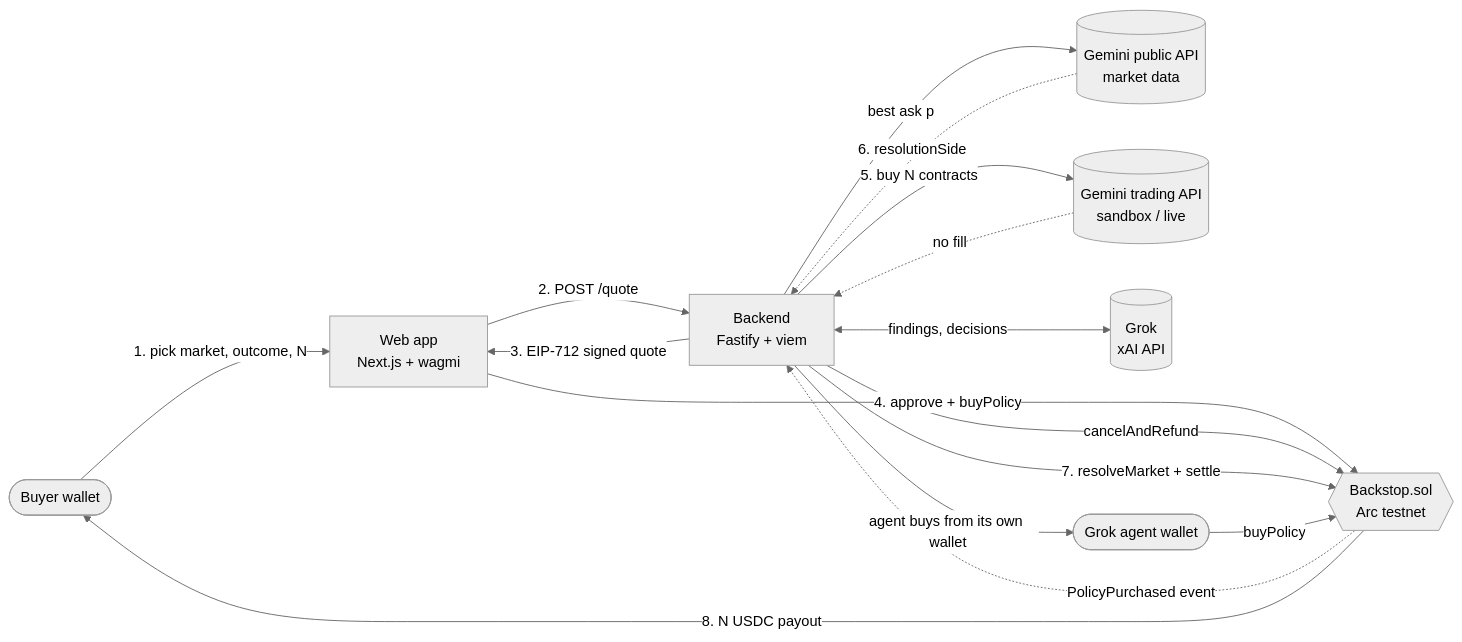
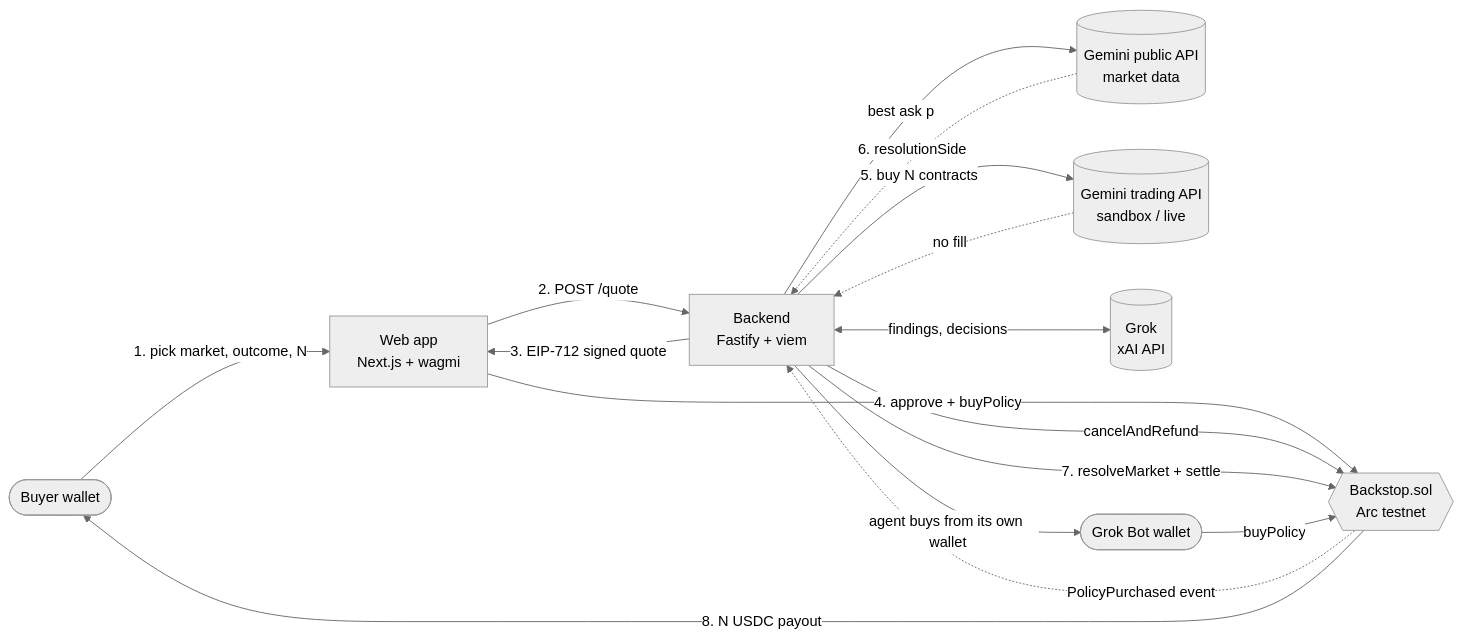
One commit to penumbraaasol/backstop changed the first of 2 diagrams in README.md. Above: the diagram before and after it, drawn with Mermaid (neutral theme). The commit also changed other lines of this file and 10 other files, not shown here.

Commit message:
Rename Grok agent to Grok Bot

````diff
--- a/README.md
+++ b/README.md
@@ -39,18 +39,18 @@
 ```mermaid
 flowchart LR
     U(["Buyer wallet"]) -->|"1. pick market, outcome, N"| W["Web app<br/>Next.js + wagmi"]
     W -->|"2. POST /quote"| B["Backend<br/>Fastify + viem"]
     B -->|"best ask p"| GP[("Gemini public API<br/>market data")]
     B -->|"3. EIP-712 signed quote"| W
     W -->|"4. approve + buyPolicy"| C{{"Backstop.sol<br/>Arc testnet"}}
     C -.->|"PolicyPurchased event"| B
     B -->|"5. buy N contracts"| GT[("Gemini trading API<br/>sandbox / live")]
     GT -.->|"no fill"| B
     B -->|"cancelAndRefund"| C
     GP -.->|"6. resolutionSide"| B
     B -->|"7. resolveMarket + settle"| C
     C -->|"8. N USDC payout"| U
     B <-->|"findings, decisions"| X[("Grok<br/>xAI API")]
-    B -->|"agent buys from its own wallet"| AG(["Grok agent wallet"])
+    B -->|"agent buys from its own wallet"| AG(["Grok Bot wallet"])
     AG -->|"buyPolicy"| C
 ```
````
